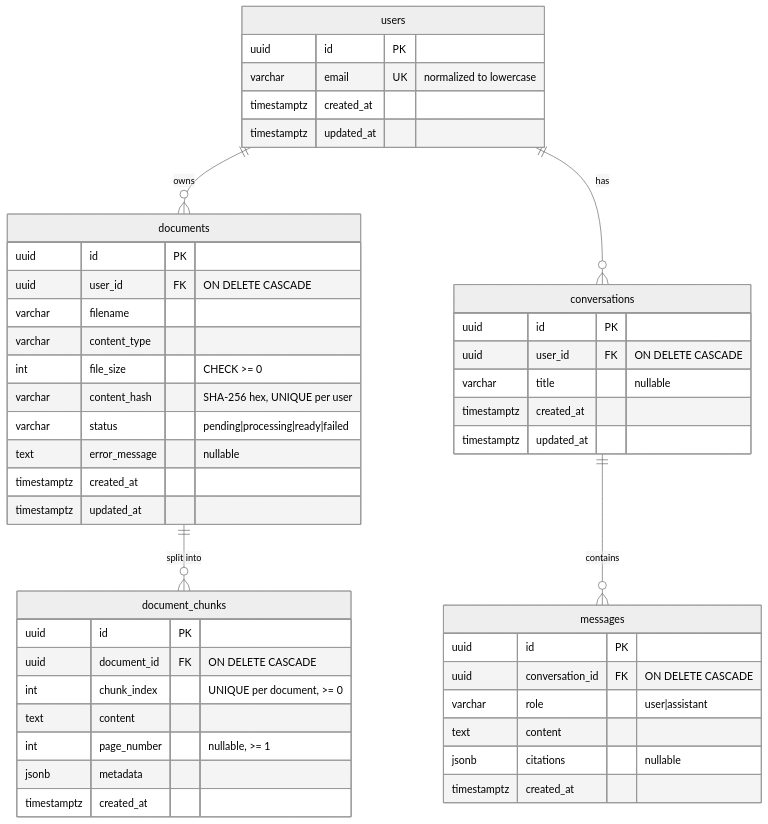
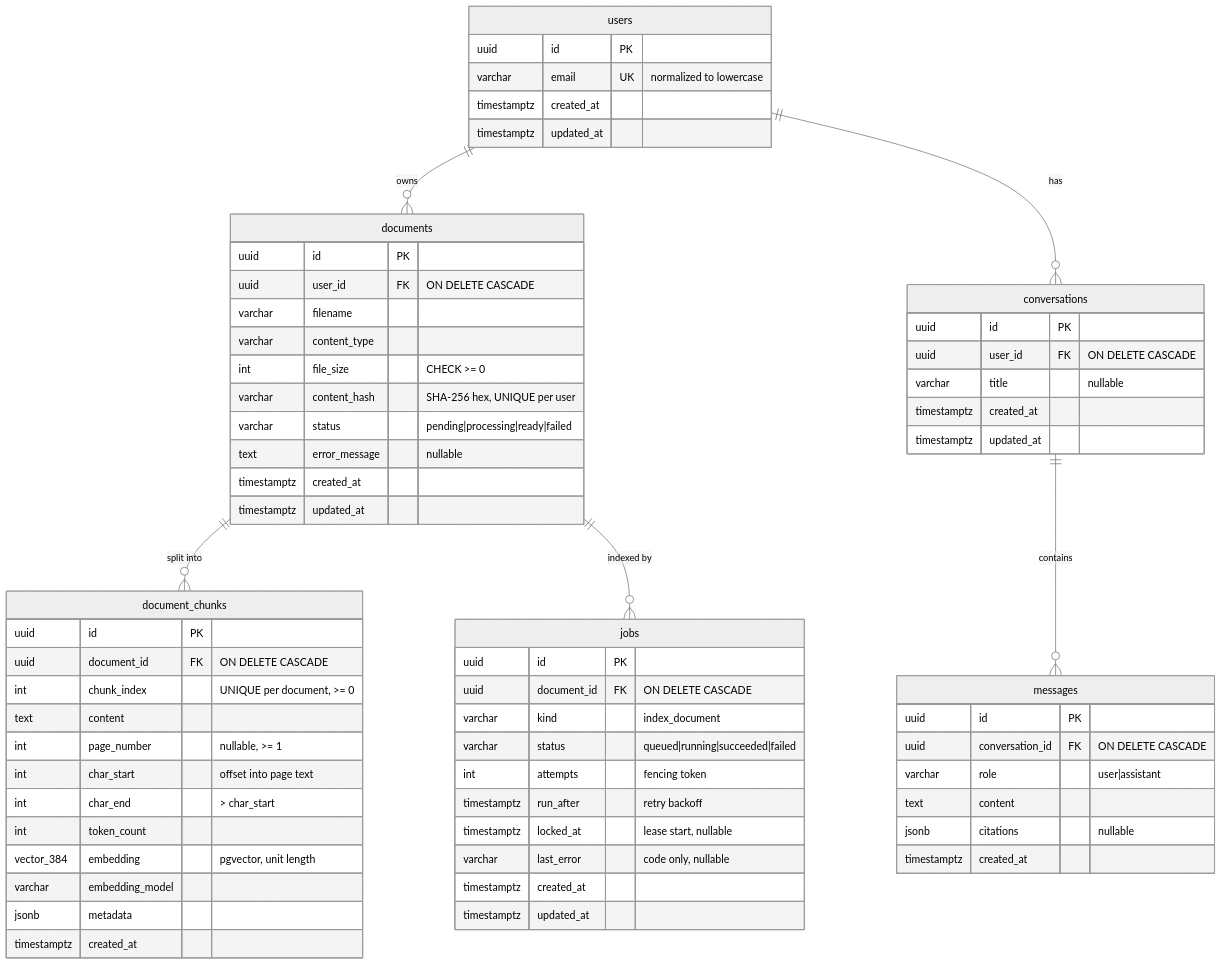
One commit to kassse1/DocMind changed the first of 2 diagrams in README.md. Above: the diagram before and after it, drawn with Mermaid (neutral theme). The commit also changed other lines of this file and 2 other files, not shown here.

First line of the commit message:
docs: document chunking, embeddings and the indexing worker

````diff
--- a/README.md
+++ b/README.md
@@ -111,50 +131,68 @@
 ```mermaid
 erDiagram
     users ||--o{ documents : owns
     documents ||--o{ document_chunks : "split into"
+    documents ||--o{ jobs : "indexed by"
     users ||--o{ conversations : has
     conversations ||--o{ messages : contains
 
     users {
         uuid id PK
         varchar email UK "normalized to lowercase"
         timestamptz created_at
         timestamptz updated_at
     }
     documents {
         uuid id PK
         uuid user_id FK "ON DELETE CASCADE"
         varchar filename
         varchar content_type
         int file_size "CHECK >= 0"
         varchar content_hash "SHA-256 hex, UNIQUE per user"
         varchar status "pending|processing|ready|failed"
         text error_message "nullable"
         timestamptz created_at
         timestamptz updated_at
     }
     document_chunks {
         uuid id PK
         uuid document_id FK "ON DELETE CASCADE"
         int chunk_index "UNIQUE per document, >= 0"
         text content
         int page_number "nullable, >= 1"
+        int char_start "offset into page text"
+        int char_end "> char_start"
+        int token_count
+        vector_384 embedding "pgvector, unit length"
+        varchar embedding_model
         jsonb metadata
         timestamptz created_at
+    }
+    jobs {
+        uuid id PK
+        uuid document_id FK "ON DELETE CASCADE"
+        varchar kind "index_document"
+        varchar status "queued|running|succeeded|failed"
+        int attempts "fencing token"
+        timestamptz run_after "retry backoff"
+        timestamptz locked_at "lease start, nullable"
+        varchar last_error "code only, nullable"
+        timestamptz created_at
+        timestamptz updated_at
     }
     conversations {
         uuid id PK
         uuid user_id FK "ON DELETE CASCADE"
         varchar title "nullable"
         timestamptz created_at
         timestamptz updated_at
     }
     messages {
         uuid id PK
         uuid conversation_id FK "ON DELETE CASCADE"
         varchar role "user|assistant"
         text content
         jsonb citations "nullable"
         timestamptz created_at
     }
 ```
````
